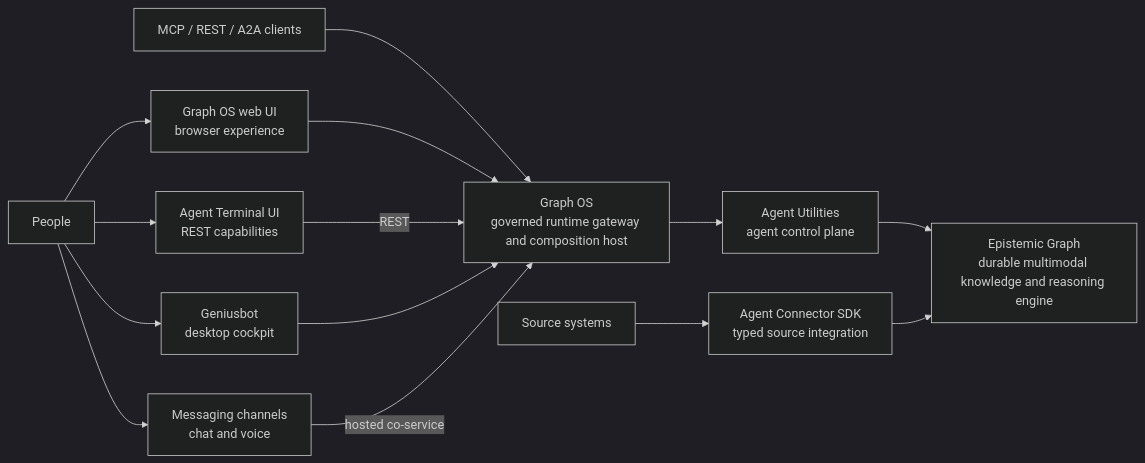
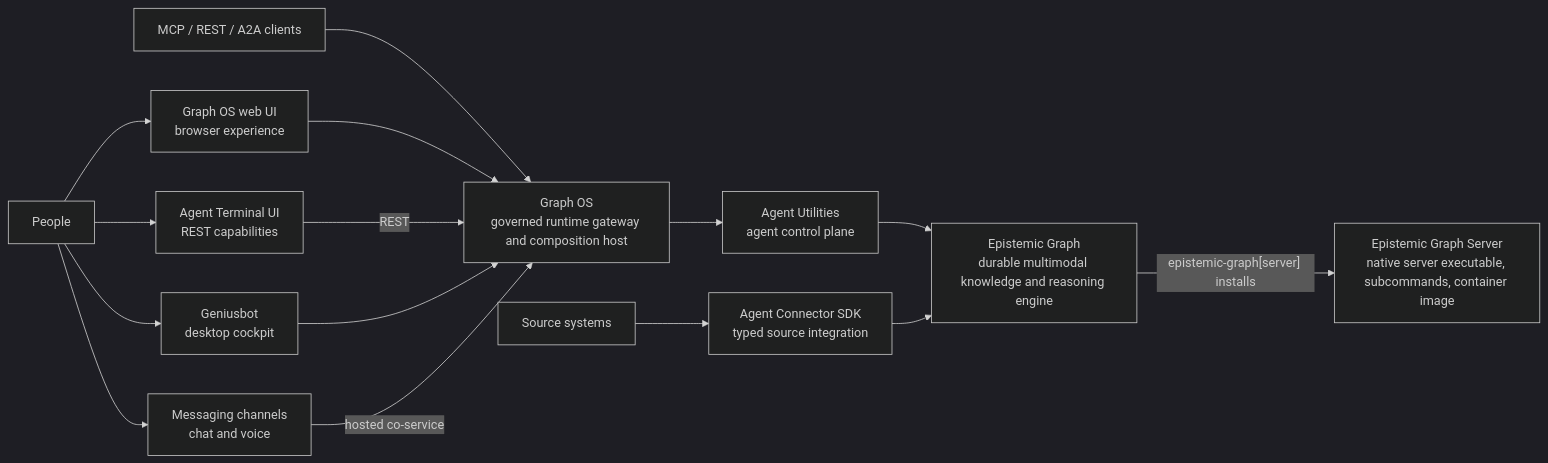
The diagram in docs/assets/runtime-architecture.mmd (Knuckles-Team/agent-terminal-ui), drawn with Mermaid (dark theme) before and after one commit. The commit also changed 1 other file, not shown here.

```diff
--- a/docs/assets/runtime-architecture.mmd
+++ b/docs/assets/runtime-architecture.mmd
@@ -1,26 +1,28 @@
 flowchart LR
   People["People"]
   WebUI["Graph OS web UI<br/>browser experience"]
   TUI["Agent Terminal UI<br/>REST capabilities"]
   Genius["Geniusbot<br/>desktop cockpit"]
   Messaging["Messaging channels<br/>chat and voice"]
   Clients["MCP / REST / A2A clients"]
   GraphOS["Graph OS<br/>governed runtime gateway and composition host"]
   AU["Agent Utilities<br/>agent control plane"]
   EG["Epistemic Graph<br/>durable multimodal knowledge and reasoning engine"]
+  Server["Epistemic Graph Server<br/>native server executable, subcommands, container image"]
   Sources["Source systems"]
   SDK["Agent Connector SDK<br/>typed source integration"]
 
   People --> WebUI
   People --> TUI
   People --> Genius
   People --> Messaging
   Clients --> GraphOS
   WebUI --> GraphOS
   TUI -->|REST| GraphOS
   Genius --> GraphOS
   Messaging -->|hosted co-service| GraphOS
   GraphOS --> AU
   AU --> EG
+  EG -->|"epistemic-graph[server] installs"| Server
   Sources --> SDK
   SDK --> EG
```
